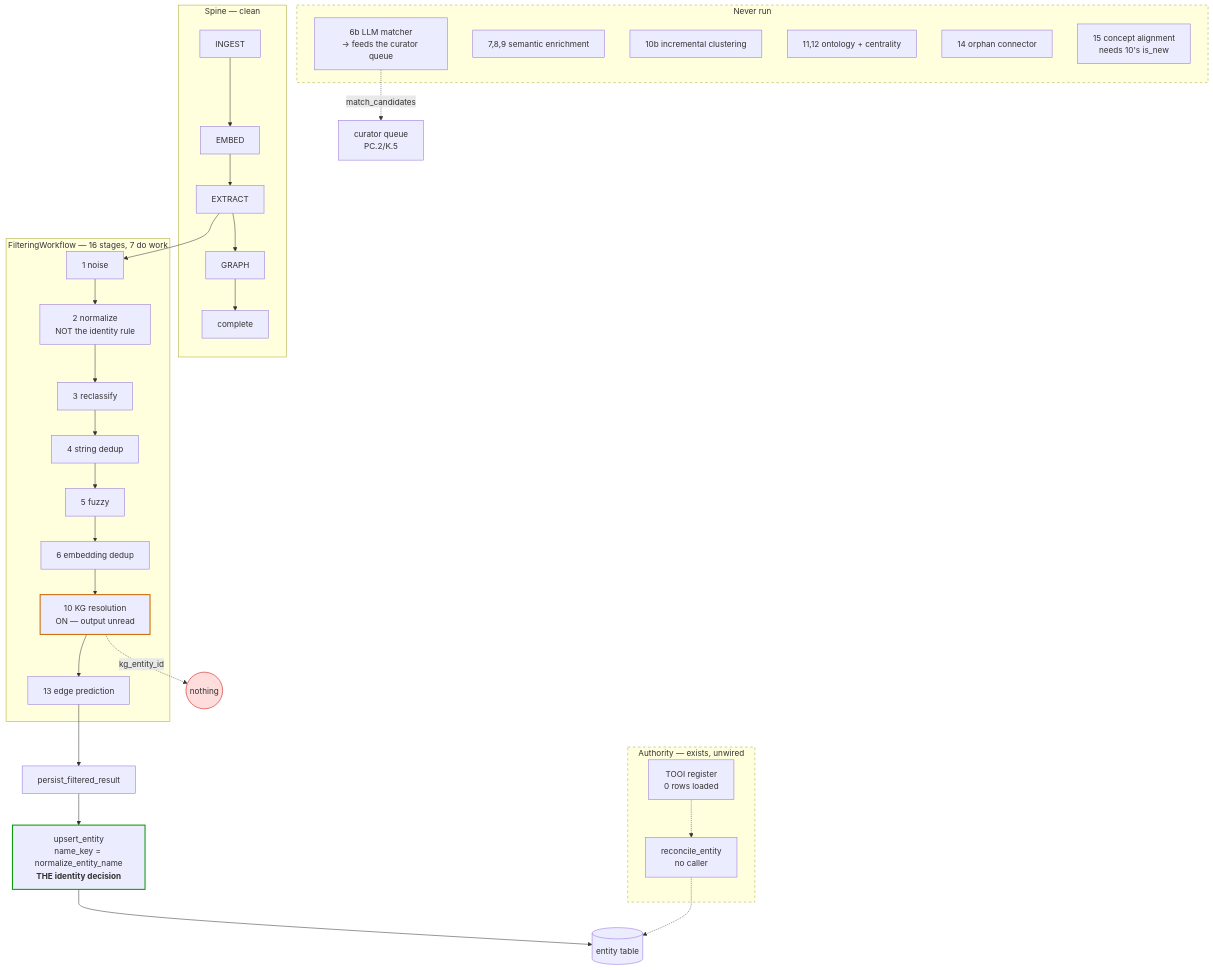
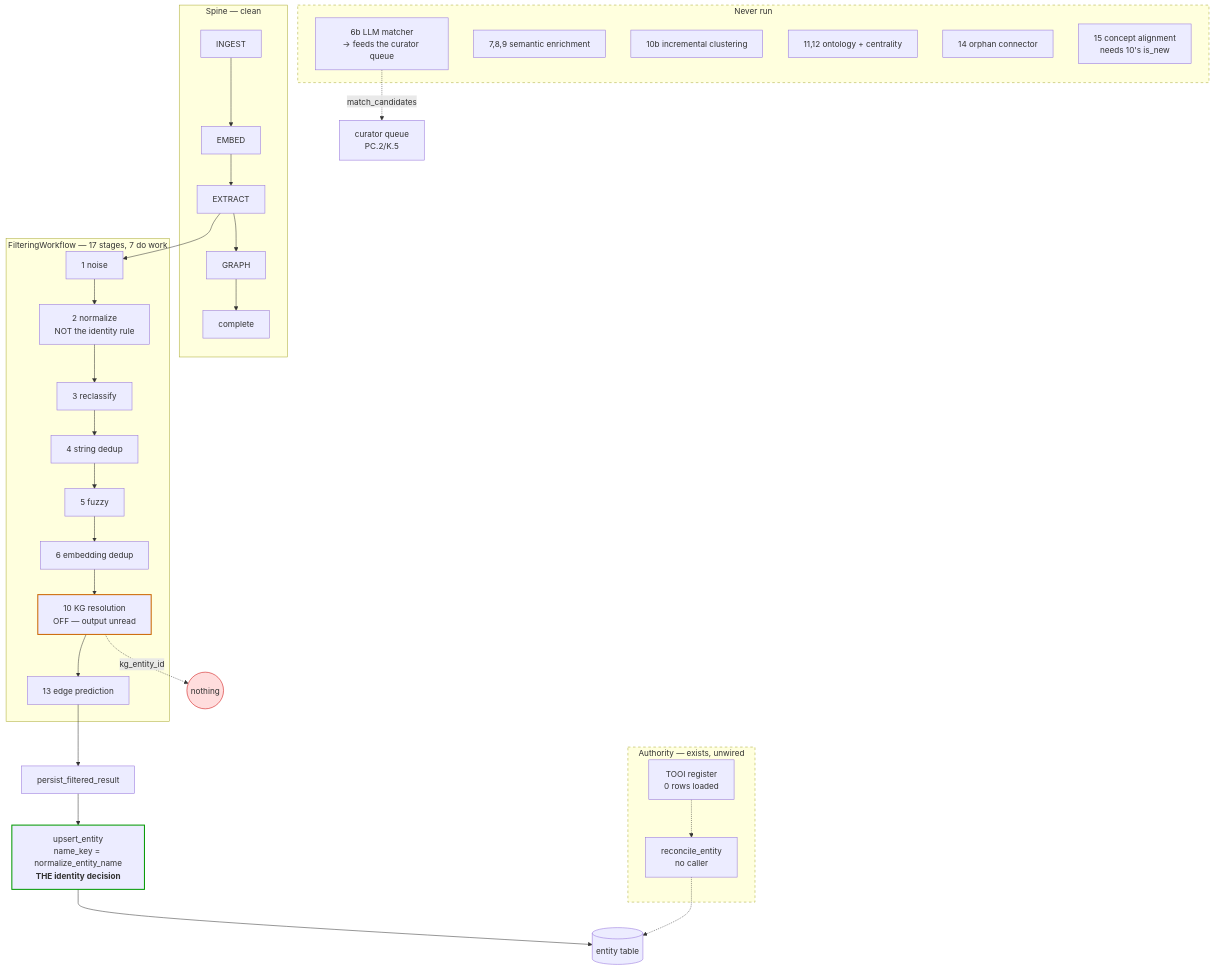
Before and after one commit to GdeJoode/open-notebook: the third of 3 diagrams in docs/tracks/PC-pipeline-coherence/pipeline-wiring.md, drawn with Mermaid. The commit also changed other lines of this file and 12 other files, not shown here.

````diff
--- a/docs/tracks/PC-pipeline-coherence/pipeline-wiring.md
+++ b/docs/tracks/PC-pipeline-coherence/pipeline-wiring.md
@@ -166,42 +171,42 @@
 ```mermaid
 flowchart TB
   subgraph SPINE["Spine — clean"]
     ING[INGEST] --> EMB[EMBED] --> EXT[EXTRACT] --> GRA[GRAPH] --> CMP[complete]
   end
 
-  subgraph FILTER["FilteringWorkflow — 16 stages, 7 do work"]
+  subgraph FILTER["FilteringWorkflow — 17 stages, 7 do work"]
     S1[1 noise] --> S2[2 normalize<br/>NOT the identity rule] --> S3[3 reclassify] --> S4[4 string dedup]
     S4 --> S5[5 fuzzy] --> S6[6 embedding dedup]
-    S6 --> S10[10 KG resolution<br/>ON — output unread]
+    S6 --> S10[10 KG resolution<br/>OFF — output unread]
     S10 --> S13[13 edge prediction]
   end
 
   subgraph DORMANT["Never run"]
     D1[6b LLM matcher<br/>→ feeds the curator queue]
     D2[7,8,9 semantic enrichment]
     D3[10b incremental clustering]
     D4[11,12 ontology + centrality]
     D5[14 orphan connector]
     D6[15 concept alignment<br/>needs 10's is_new]
   end
 
   subgraph AUTH["Authority — exists, unwired"]
     T[TOOI register<br/>0 rows loaded]
     R[reconcile_entity<br/>no caller]
     T -.-> R
   end
 
   EXT --> S1
   S13 --> P[persist_filtered_result]
   P --> UP["upsert_entity<br/>name_key = normalize_entity_name<br/><b>THE identity decision</b>"]
   UP --> KG[(entity table)]
   S10 -. kg_entity_id .-> X((nothing))
   D1 -. match_candidates .-> Q[curator queue<br/>PC.2/K.5]
   R -.-> KG
 
   style X fill:#fdd,stroke:#c00
   style S10 stroke:#c60,stroke-width:2px
   style UP stroke:#090,stroke-width:2px
   style DORMANT stroke-dasharray: 5 5
   style AUTH stroke-dasharray: 5 5
 ```
````
